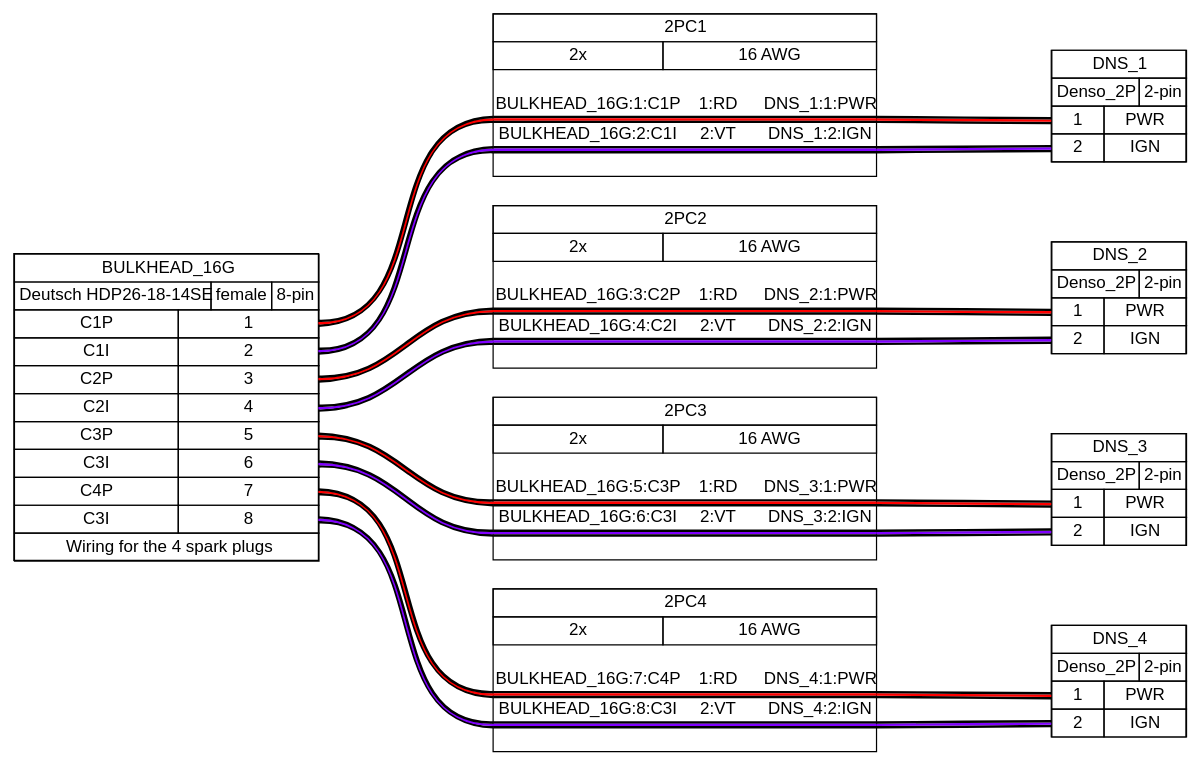
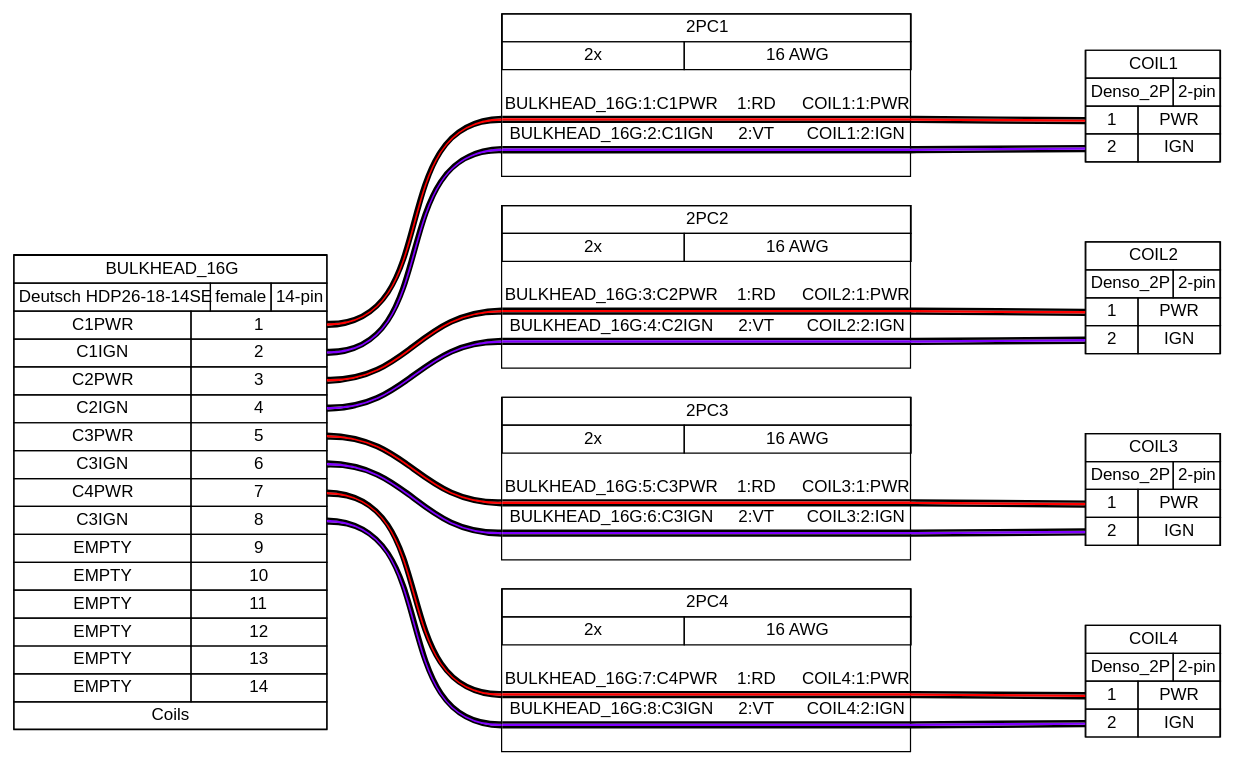
One commit to BetterPetr/RM25_Harness changed the diagram in wiring-env/Harness25/Back_Harness/BulkHeadB/BulkheadB_14p.gv. Above: the diagram before and after it, drawn with Graphviz. The commit also changed 5 other files, not shown here.

```diff
--- a/wiring-env/Harness25/Back_Harness/BulkHeadB/BulkheadB_14p.gv
+++ b/wiring-env/Harness25/Back_Harness/BulkHeadB/BulkheadB_14p.gv
@@ -15,57 +15,81 @@
   <table border="0" cellspacing="0" cellpadding="3" cellborder="1"><tr>
    <td balign="left">Deutsch HDP26-18-14SE</td>
    <td balign="left">female</td>
-   <td balign="left">8-pin</td>
+   <td balign="left">14-pin</td>
   </tr></table>
  </td></tr>
  <tr><td>
   <table border="0" cellspacing="0" cellpadding="3" cellborder="1">
    <tr>
-    <td>C1P</td>
+    <td>C1PWR</td>
     <td port="p1r">1</td>
    </tr>
    <tr>
-    <td>C1I</td>
+    <td>C1IGN</td>
     <td port="p2r">2</td>
    </tr>
    <tr>
-    <td>C2P</td>
+    <td>C2PWR</td>
     <td port="p3r">3</td>
    </tr>
    <tr>
-    <td>C2I</td>
+    <td>C2IGN</td>
     <td port="p4r">4</td>
    </tr>
    <tr>
-    <td>C3P</td>
+    <td>C3PWR</td>
     <td port="p5r">5</td>
    </tr>
    <tr>
-    <td>C3I</td>
+    <td>C3IGN</td>
     <td port="p6r">6</td>
    </tr>
    <tr>
-    <td>C4P</td>
+    <td>C4PWR</td>
     <td port="p7r">7</td>
    </tr>
    <tr>
-    <td>C3I</td>
+    <td>C3IGN</td>
     <td port="p8r">8</td>
+   </tr>
+   <tr>
+    <td>EMPTY</td>
+    <td port="p9r">9</td>
+   </tr>
+   <tr>
+    <td>EMPTY</td>
+    <td port="p10r">10</td>
+   </tr>
+   <tr>
+    <td>EMPTY</td>
+    <td port="p11r">11</td>
+   </tr>
+   <tr>
+    <td>EMPTY</td>
+    <td port="p12r">12</td>
+   </tr>
+   <tr>
+    <td>EMPTY</td>
+    <td port="p13r">13</td>
+   </tr>
+   <tr>
+    <td>EMPTY</td>
+    <td port="p14r">14</td>
    </tr>
   </table>
  </td></tr>
  <tr><td>
   <table border="0" cellspacing="0" cellpadding="3" cellborder="1"><tr>
-   <td balign="left">Wiring for the 4 spark plugs</td>
+   <td balign="left">Coils</td>
   </tr></table>
  </td></tr>
 </table>
 > fillcolor="#FFFFFF" shape=box style=filled]
-	DNS_1 [label=<
+	COIL1 [label=<
 <table border="0" cellspacing="0" cellpadding="0">
  <tr><td>
   <table border="0" cellspacing="0" cellpadding="3" cellborder="1"><tr>
-   <td balign="left">DNS_1</td>
+   <td balign="left">COIL1</td>
   </tr></table>
  </td></tr>
  <tr><td>
@@ -88,11 +112,11 @@
  </td></tr>
 </table>
 > fillcolor="#FFFFFF" shape=box style=filled]
-	DNS_2 [label=<
+	COIL2 [label=<
 <table border="0" cellspacing="0" cellpadding="0">
  <tr><td>
   <table border="0" cellspacing="0" cellpadding="3" cellborder="1"><tr>
-   <td balign="left">DNS_2</td>
+   <td balign="left">COIL2</td>
   </tr></table>
  </td></tr>
  <tr><td>
@@ -115,11 +139,11 @@
  </td></tr>
 </table>
 > fillcolor="#FFFFFF" shape=box style=filled]
-	DNS_3 [label=<
+	COIL3 [label=<
 <table border="0" cellspacing="0" cellpadding="0">
  <tr><td>
   <table border="0" cellspacing="0" cellpadding="3" cellborder="1"><tr>
-   <td balign="left">DNS_3</td>
+   <td balign="left">COIL3</td>
   </tr></table>
  </td></tr>
  <tr><td>
@@ -142,11 +166,11 @@
  </td></tr>
 </table>
 > fillcolor="#FFFFFF" shape=box style=filled]
-	DNS_4 [label=<
+	COIL4 [label=<
 <table border="0" cellspacing="0" cellpadding="0">
  <tr><td>
   <table border="0" cellspacing="0" cellpadding="3" cellborder="1"><tr>
-   <td balign="left">DNS_4</td>
+   <td balign="left">COIL4</td>
   </tr></table>
  </td></tr>
  <tr><td>
@@ -171,10 +195,10 @@
 > fillcolor="#FFFFFF" shape=box style=filled]
 	edge [color="#000000:#ff0000:#000000"]
 	BULKHEAD_16G:p1r:e -- "2PC1":w1:w
-	"2PC1":w1:e -- DNS_1:p1l:w
+	"2PC1":w1:e -- COIL1:p1l:w
 	edge [color="#000000:#8000ff:#000000"]
 	BULKHEAD_16G:p2r:e -- "2PC1":w2:w
-	"2PC1":w2:e -- DNS_1:p2l:w
+	"2PC1":w2:e -- COIL1:p2l:w
 	"2PC1" [label=<
 <table border="0" cellspacing="0" cellpadding="0">
  <tr><td>
@@ -192,11 +216,11 @@
   <table border="0" cellspacing="0" cellborder="0">
    <tr><td>&nbsp;</td></tr>
    <tr>
-    <td>BULKHEAD_16G:1:C1P</td>
+    <td>BULKHEAD_16G:1:C1PWR</td>
     <td>
      1:RD
     </td>
-    <td>DNS_1:1:PWR</td>
+    <td>COIL1:1:PWR</td>
    </tr>
    <tr>
     <td colspan="3" border="0" cellspacing="0" cellpadding="0" port="w1" height="6">
@@ -208,11 +232,11 @@
     </td>
    </tr>
    <tr>
-    <td>BULKHEAD_16G:2:C1I</td>
+    <td>BULKHEAD_16G:2:C1IGN</td>
     <td>
      2:VT
     </td>
-    <td>DNS_1:2:IGN</td>
+    <td>COIL1:2:IGN</td>
    </tr>
    <tr>
     <td colspan="3" border="0" cellspacing="0" cellpadding="0" port="w2" height="6">
@@ -230,10 +254,10 @@
 > fillcolor="#FFFFFF" shape=box style=filled]
 	edge [color="#000000:#ff0000:#000000"]
 	BULKHEAD_16G:p3r:e -- "2PC2":w1:w
-	"2PC2":w1:e -- DNS_2:p1l:w
+	"2PC2":w1:e -- COIL2:p1l:w
 	edge [color="#000000:#8000ff:#000000"]
 	BULKHEAD_16G:p4r:e -- "2PC2":w2:w
-	"2PC2":w2:e -- DNS_2:p2l:w
+	"2PC2":w2:e -- COIL2:p2l:w
 	"2PC2" [label=<
 <table border="0" cellspacing="0" cellpadding="0">
  <tr><td>
@@ -251,11 +275,11 @@
   <table border="0" cellspacing="0" cellborder="0">
    <tr><td>&nbsp;</td></tr>
    <tr>
-    <td>BULKHEAD_16G:3:C2P</td>
+    <td>BULKHEAD_16G:3:C2PWR</td>
     <td>
      1:RD
     </td>
-    <td>DNS_2:1:PWR</td>
+    <td>COIL2:1:PWR</td>
    </tr>
    <tr>
     <td colspan="3" border="0" cellspacing="0" cellpadding="0" port="w1" height="6">
@@ -267,11 +291,11 @@
     </td>
    </tr>
    <tr>
-    <td>BULKHEAD_16G:4:C2I</td>
+    <td>BULKHEAD_16G:4:C2IGN</td>
     <td>
      2:VT
     </td>
-    <td>DNS_2:2:IGN</td>
+    <td>COIL2:2:IGN</td>
    </tr>
    <tr>
     <td colspan="3" border="0" cellspacing="0" cellpadding="0" port="w2" height="6">
@@ -289,10 +313,10 @@
 > fillcolor="#FFFFFF" shape=box style=filled]
 	edge [color="#000000:#ff0000:#000000"]
 	BULKHEAD_16G:p5r:e -- "2PC3":w1:w
-	"2PC3":w1:e -- DNS_3:p1l:w
+	"2PC3":w1:e -- COIL3:p1l:w
 	edge [color="#000000:#8000ff:#000000"]
 	BULKHEAD_16G:p6r:e -- "2PC3":w2:w
-	"2PC3":w2:e -- DNS_3:p2l:w
+	"2PC3":w2:e -- COIL3:p2l:w
 	"2PC3" [label=<
 <table border="0" cellspacing="0" cellpadding="0">
  <tr><td>
@@ -310,11 +334,11 @@
   <table border="0" cellspacing="0" cellborder="0">
    <tr><td>&nbsp;</td></tr>
    <tr>
-    <td>BULKHEAD_16G:5:C3P</td>
+    <td>BULKHEAD_16G:5:C3PWR</td>
     <td>
      1:RD
     </td>
-    <td>DNS_3:1:PWR</td>
+    <td>COIL3:1:PWR</td>
    </tr>
    <tr>
     <td colspan="3" border="0" cellspacing="0" cellpadding="0" port="w1" height="6">
@@ -326,11 +350,11 @@
     </td>
    </tr>
    <tr>
-    <td>BULKHEAD_16G:6:C3I</td>
+    <td>BULKHEAD_16G:6:C3IGN</td>
     <td>
      2:VT
     </td>
-    <td>DNS_3:2:IGN</td>
+    <td>COIL3:2:IGN</td>
    </tr>
    <tr>
     <td colspan="3" border="0" cellspacing="0" cellpadding="0" port="w2" height="6">
@@ -348,10 +372,10 @@
 > fillcolor="#FFFFFF" shape=box style=filled]
 	edge [color="#000000:#ff0000:#000000"]
 	BULKHEAD_16G:p7r:e -- "2PC4":w1:w
-	"2PC4":w1:e -- DNS_4:p1l:w
+	"2PC4":w1:e -- COIL4:p1l:w
 	edge [color="#000000:#8000ff:#000000"]
 	BULKHEAD_16G:p8r:e -- "2PC4":w2:w
-	"2PC4":w2:e -- DNS_4:p2l:w
+	"2PC4":w2:e -- COIL4:p2l:w
 	"2PC4" [label=<
 <table border="0" cellspacing="0" cellpadding="0">
  <tr><td>
@@ -369,11 +393,11 @@
   <table border="0" cellspacing="0" cellborder="0">
    <tr><td>&nbsp;</td></tr>
    <tr>
-    <td>BULKHEAD_16G:7:C4P</td>
+    <td>BULKHEAD_16G:7:C4PWR</td>
     <td>
      1:RD
     </td>
-    <td>DNS_4:1:PWR</td>
+    <td>COIL4:1:PWR</td>
    </tr>
    <tr>
     <td colspan="3" border="0" cellspacing="0" cellpadding="0" port="w1" height="6">
@@ -385,11 +409,11 @@
     </td>
    </tr>
    <tr>
-    <td>BULKHEAD_16G:8:C3I</td>
+    <td>BULKHEAD_16G:8:C3IGN</td>
     <td>
      2:VT
     </td>
-    <td>DNS_4:2:IGN</td>
+    <td>COIL4:2:IGN</td>
    </tr>
    <tr>
     <td colspan="3" border="0" cellspacing="0" cellpadding="0" port="w2" height="6">
```
